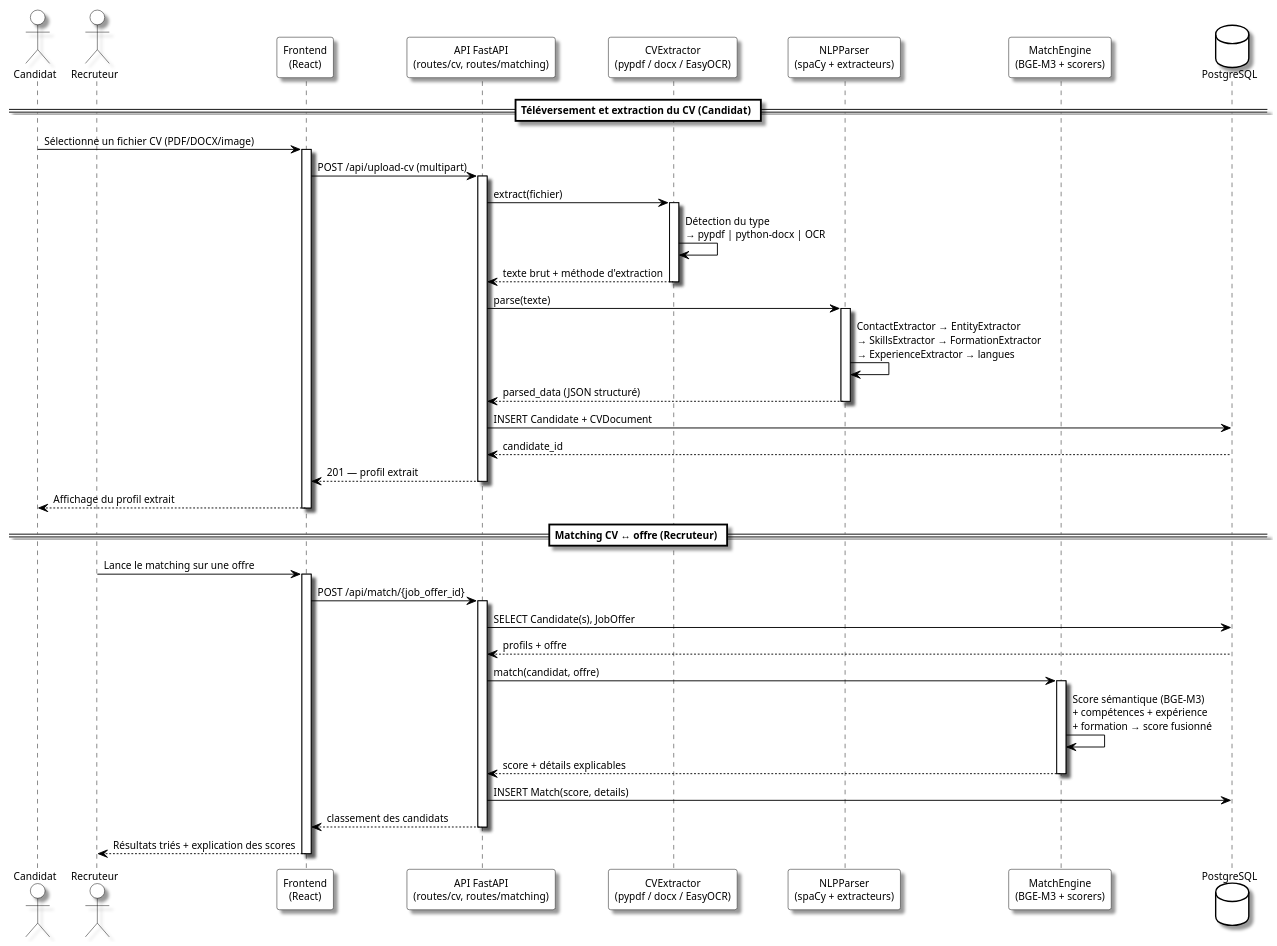
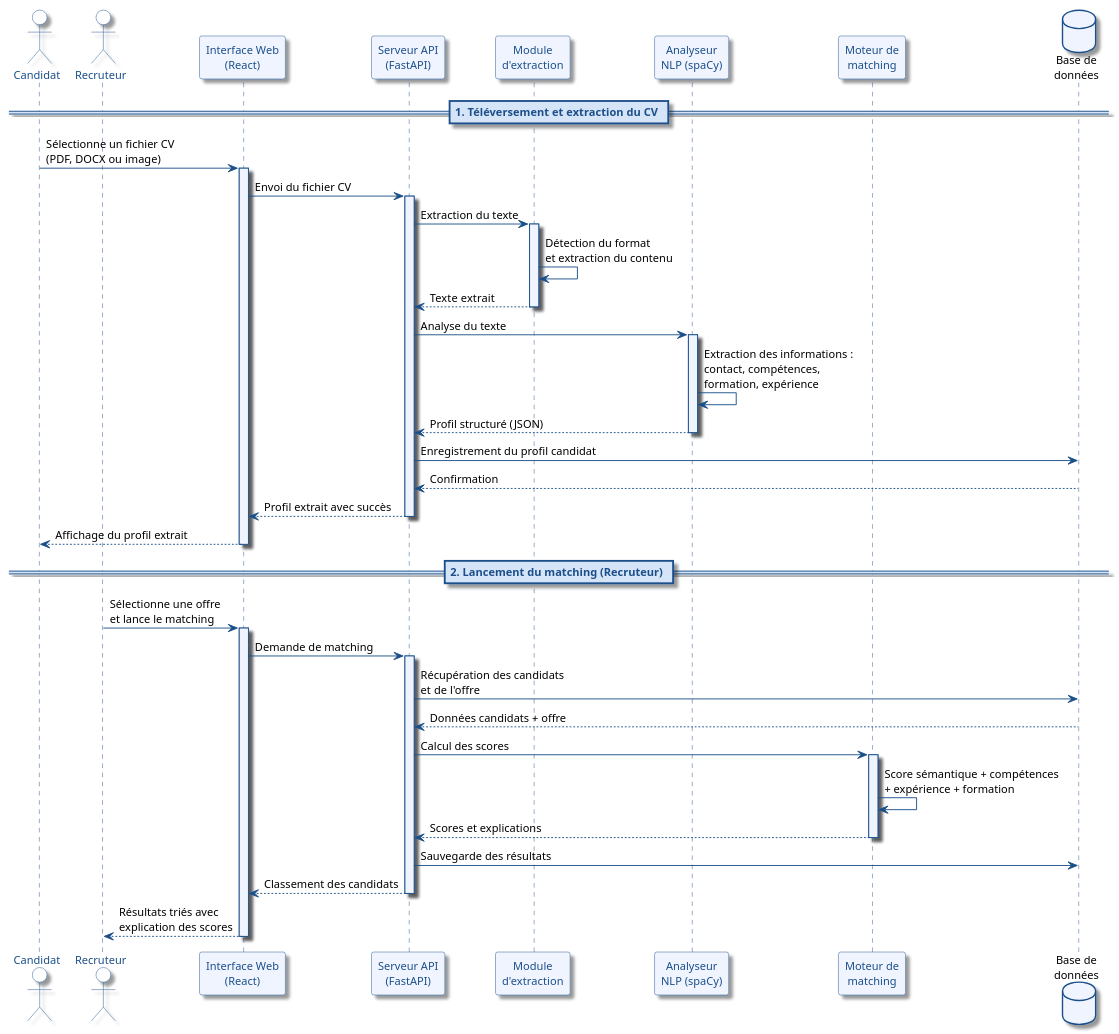
Before and after one commit to garayoussef1/3s-talentmatch: the diagram in docs/diagrams/diagramme_sequence.puml, drawn with PlantUML. The commit also changed 3 other files, not shown here.

Commit message:
docs: diagramme sequence UTF-8 + guides soutenance et technique

```diff
--- a/docs/diagrams/diagramme_sequence.puml
+++ b/docs/diagrams/diagramme_sequence.puml
@@ -1,77 +1,79 @@
 @startuml diagramme_sequence
-' Diagramme de séquence — flux principal :
-' téléversement CV → extraction → parsing NLP → matching → résultats
-' Style : StarUML (boîtes blanches, bordures noires, ombres, Arial)
 skinparam shadowing true
 skinparam defaultFontName Arial
-skinparam defaultFontSize 11
+skinparam defaultFontSize 12
 skinparam sequence {
-  ArrowColor Black
-  ActorBorderColor Black
+  ArrowColor #1b4f8a
+  ActorBorderColor #1b4f8a
   ActorBackgroundColor White
-  LifeLineBorderColor Black
-  LifeLineBackgroundColor White
-  ParticipantBorderColor Black
-  ParticipantBackgroundColor White
-  ParticipantFontColor Black
-  GroupBorderColor Black
-  GroupBackgroundColor White
-  DividerBorderColor Black
-  DividerBackgroundColor White
+  ActorFontColor #1b4f8a
+  LifeLineBorderColor #1b4f8a
+  LifeLineBackgroundColor #f0f4ff
+  ParticipantBorderColor #1b4f8a
+  ParticipantBackgroundColor #f0f4ff
+  ParticipantFontColor #1b4f8a
+  GroupBorderColor #888888
+  GroupBackgroundColor #f8f8f8
+  DividerBorderColor #1b4f8a
+  DividerBackgroundColor #d6e4f7
+  DividerFontColor #1b4f8a
 }
 skinparam database {
-  BackgroundColor White
-  BorderColor Black
+  BackgroundColor #f0f4ff
+  BorderColor #1b4f8a
 }
 
-actor Candidat  as C
-actor Recruteur as R
-participant "Frontend\n(React)" as F
-participant "API FastAPI\n(routes/cv, routes/matching)" as A
-participant "CVExtractor\n(pypdf / docx / EasyOCR)" as E
-participant "NLPParser\n(spaCy + extracteurs)" as N
-participant "MatchEngine\n(BGE-M3 + scorers)" as M
-database "PostgreSQL" as DB
+actor "Candidat" as C
+actor "Recruteur" as R
+participant "Interface Web\n(React)" as F
+participant "Serveur API\n(FastAPI)" as A
+participant "Module\nd'extraction" as E
+participant "Analyseur\nNLP (spaCy)" as N
+participant "Moteur de\nmatching" as M
+database "Base de\ndonnées" as DB
 
-== Téléversement et extraction du CV (Candidat) ==
-C -> F : Sélectionne un fichier CV (PDF/DOCX/image)
+== 1. Téléversement et extraction du CV ==
+
+C -> F : Sélectionne un fichier CV\n(PDF, DOCX ou image)
 activate F
-F -> A : POST /api/upload-cv (multipart)
+F -> A : Envoi du fichier CV
 activate A
-A -> E : extract(fichier)
+A -> E : Extraction du texte
 activate E
-E -> E : Détection du type\n→ pypdf | python-docx | OCR
-E --> A : texte brut + méthode d'extraction
+E -> E : Détection du format\net extraction du contenu
+E --> A : Texte extrait
 deactivate E
 
-A -> N : parse(texte)
+A -> N : Analyse du texte
 activate N
-N -> N : ContactExtractor → EntityExtractor\n→ SkillsExtractor → FormationExtractor\n→ ExperienceExtractor → langues
-N --> A : parsed_data (JSON structuré)
+N -> N : Extraction des informations :\ncontact, compétences,\nformation, expérience
+N --> A : Profil structuré (JSON)
 deactivate N
 
-A -> DB : INSERT Candidate + CVDocument
-DB --> A : candidate_id
-A --> F : 201 — profil extrait
+A -> DB : Enregistrement du profil candidat
+DB --> A : Confirmation
+A --> F : Profil extrait avec succès
 deactivate A
 F --> C : Affichage du profil extrait
 deactivate F
 
-== Matching CV ↔ offre (Recruteur) ==
-R -> F : Lance le matching sur une offre
+== 2. Lancement du matching (Recruteur) ==
+
+R -> F : Sélectionne une offre\net lance le matching
 activate F
-F -> A : POST /api/match/{job_offer_id}
+F -> A : Demande de matching
 activate A
-A -> DB : SELECT Candidate(s), JobOffer
-DB --> A : profils + offre
-A -> M : match(candidat, offre)
+A -> DB : Récupération des candidats\net de l'offre
+DB --> A : Données candidats + offre
+A -> M : Calcul des scores
 activate M
-M -> M : Score sémantique (BGE-M3)\n+ compétences + expérience\n+ formation → score fusionné
-M --> A : score + détails explicables
+M -> M : Score sémantique + compétences\n+ expérience + formation
+M --> A : Scores et explications
 deactivate M
-A -> DB : INSERT Match(score, details)
-A --> F : classement des candidats
+A -> DB : Sauvegarde des résultats
+A --> F : Classement des candidats
 deactivate A
-F --> R : Résultats triés + explication des scores
+F --> R : Résultats triés avec\nexplication des scores
 deactivate F
+
 @enduml
```
